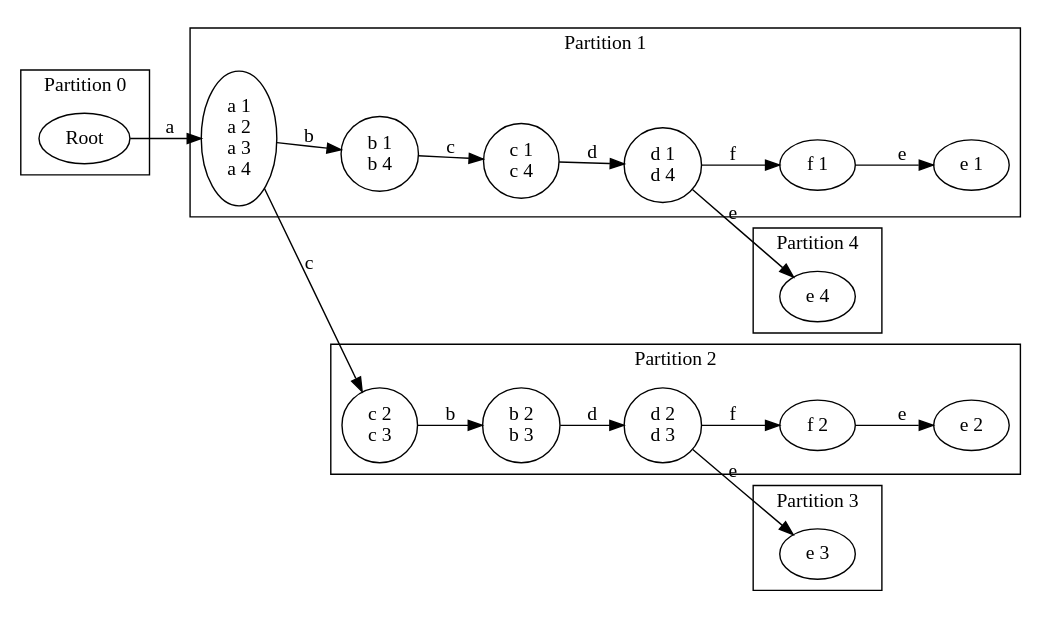
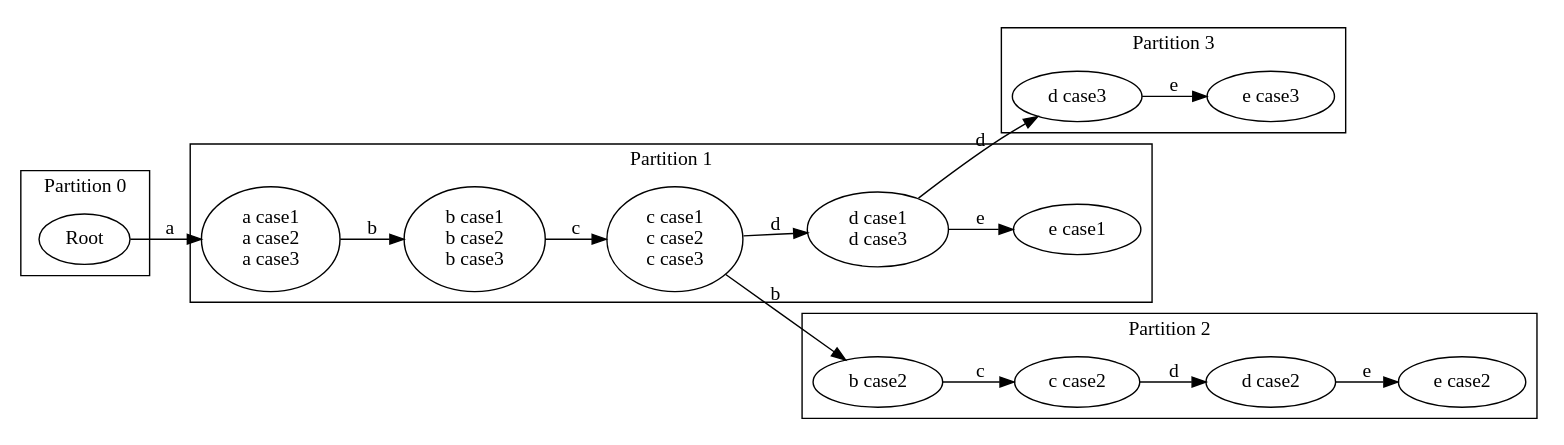
Before and after one commit to linde9821/epa-visualizer: the diagram in dia.dot, drawn with Graphviz. The commit also changed 8 other files, not shown here.

```diff
--- a/dia.dot
+++ b/dia.dot
@@ -1,67 +1,57 @@
 digraph EPA {
     rankdir=LR;
     // states (nodes)
     "-955356007" [label="Root"];
-    "448734952" [label="a 1\na 2\na 3\na 4"];
-    "1025881722" [label="b 1\nb 4"];
-    "1737562409" [label="c 1\nc 4"];
-    "-1970140069" [label="d 1\nd 4"];
-    "-944799893" [label="f 1"];
-    "775974490" [label="e 1"];
-    "-944799894" [label="e 4"];
-    "1025881723" [label="c 2\nc 3"];
-    "1737562439" [label="b 2\nb 3"];
-    "-1970139139" [label="d 2\nd 3"];
-    "-944771063" [label="f 2"];
-    "776868220" [label="e 2"];
-    "-944771064" [label="e 3"];
+    "448734952" [label="a case1\na case2\na case3"];
+    "1025881722" [label="b case1\nb case2\nb case3"];
+    "1737562409" [label="c case1\nc case2\nc case3"];
+    "-1970140069" [label="d case1\nd case3"];
+    "-944799894" [label="e case1"];
+    "-944799895" [label="d case3"];
+    "775974428" [label="e case3"];
+    "-1970140071" [label="b case2"];
+    "-944799958" [label="c case2"];
+    "775972474" [label="d case2"];
+    "-1714656981" [label="e case2"];
     // transitions
     "-955356007" -> "448734952" [label="a"];
     "448734952" -> "1025881722" [label="b"];
-    "448734952" -> "1025881723" [label="c"];
     "1025881722" -> "1737562409" [label="c"];
     "1737562409" -> "-1970140069" [label="d"];
-    "-1970140069" -> "-944799893" [label="f"];
+    "1737562409" -> "-1970140071" [label="b"];
     "-1970140069" -> "-944799894" [label="e"];
-    "-944799893" -> "775974490" [label="e"];
-    "1025881723" -> "1737562439" [label="b"];
-    "1737562439" -> "-1970139139" [label="d"];
-    "-1970139139" -> "-944771063" [label="f"];
-    "-1970139139" -> "-944771064" [label="e"];
-    "-944771063" -> "776868220" [label="e"];
+    "-1970140069" -> "-944799895" [label="d"];
+    "-944799895" -> "775974428" [label="e"];
+    "-1970140071" -> "-944799958" [label="c"];
+    "-944799958" -> "775972474" [label="d"];
+    "775972474" -> "-1714656981" [label="e"];
     // partitions
     subgraph cluster_partition0 {
         label = "Partition 0";
         color=black;
         "-955356007"
     }
     subgraph cluster_partition1 {
         label = "Partition 1";
         color=black;
         "448734952"
         "1025881722"
         "1737562409"
         "-1970140069"
-        "-944799893"
-        "775974490"
+        "-944799894"
     }
-    subgraph cluster_partition4 {
-        label = "Partition 4";
+    subgraph cluster_partition3 {
+        label = "Partition 3";
         color=black;
-        "-944799894"
+        "-944799895"
+        "775974428"
     }
     subgraph cluster_partition2 {
         label = "Partition 2";
         color=black;
-        "1025881723"
-        "1737562439"
-        "-1970139139"
-        "-944771063"
-        "776868220"
-    }
-    subgraph cluster_partition3 {
-        label = "Partition 3";
-        color=black;
-        "-944771064"
+        "-1970140071"
+        "-944799958"
+        "775972474"
+        "-1714656981"
     }
 }
```
